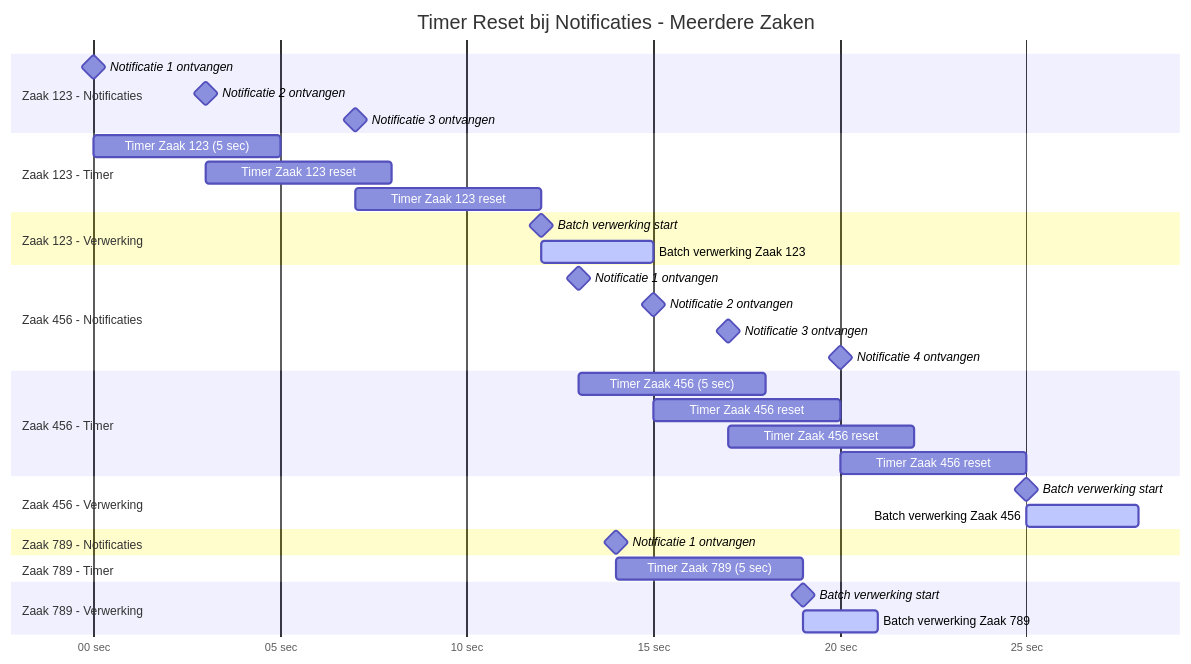
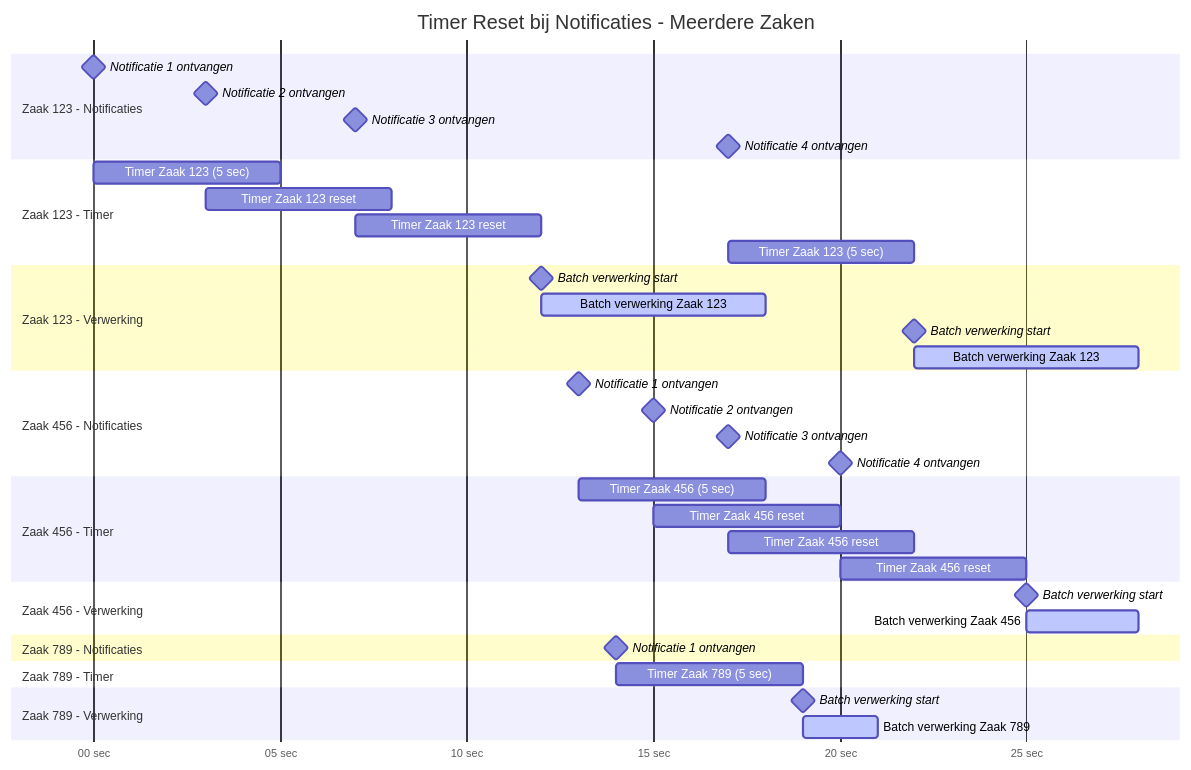
One commit to GemeenteNijmegen/corsa-zgw changed the third of 3 diagrams in docs/notificaties.md. Above: the diagram before and after it, drawn with Mermaid. The commit also changed other lines of this file and 1 other file, not shown here.

Commit message:
docs: Add second notification batch to zaak 123

````diff
--- a/docs/notificaties.md
+++ b/docs/notificaties.md
@@ -145,46 +145,50 @@
 ```mermaid
 gantt
     title Timer Reset bij Notificaties - Meerdere Zaken
     dateFormat ss
     axisFormat %S sec
     
     section Zaak 123 - Notificaties
     Notificatie 1 ontvangen    :milestone, n1_123, 00, 0s
     Notificatie 2 ontvangen    :milestone, n2_123, 03, 0s
     Notificatie 3 ontvangen    :milestone, n3_123, 07, 0s
+    Notificatie 4 ontvangen    :milestone, n4_123, 17, 0s
     
     section Zaak 123 - Timer
     Timer Zaak 123 (5 sec)     :t1_123, 00, 5s
     Timer Zaak 123 reset       :t2_123, 03, 5s
     Timer Zaak 123 reset       :t3_123, 07, 5s
+    Timer Zaak 123 (5 sec)       :t3_123, 17, 5s
     
     section Zaak 123 - Verwerking
     Batch verwerking start     :milestone, process_123, 12, 0s
-    Batch verwerking Zaak 123  :active, p_123, 12, 3s
+    Batch verwerking Zaak 123  :active, p_123, 12, 6s
+    Batch verwerking start     :milestone, process_123, 22, 0s
+    Batch verwerking Zaak 123  :active, p_123, 22, 6s
     
     section Zaak 456 - Notificaties
     Notificatie 1 ontvangen    :milestone, n1_456, 13, 0s
     Notificatie 2 ontvangen    :milestone, n2_456, 15, 0s
     Notificatie 3 ontvangen    :milestone, n3_456, 17, 0s
     Notificatie 4 ontvangen    :milestone, n4_456, 20, 0s
     
     section Zaak 456 - Timer
     Timer Zaak 456 (5 sec)     :t1_456, 13, 5s
     Timer Zaak 456 reset       :t2_456, 15, 5s
     Timer Zaak 456 reset       :t3_456, 17, 5s
     Timer Zaak 456 reset       :t4_456, 20, 5s
     
     section Zaak 456 - Verwerking
     Batch verwerking start     :milestone, process_456, 25, 0s
     Batch verwerking Zaak 456  :active, p_456, 25, 3s
     
     section Zaak 789 - Notificaties
     Notificatie 1 ontvangen    :milestone, n1_789, 14, 0s
     
     section Zaak 789 - Timer
     Timer Zaak 789 (5 sec)     :t1_789, 14, 5s
     
     section Zaak 789 - Verwerking
     Batch verwerking start     :milestone, process_789, 19, 0s
     Batch verwerking Zaak 789  :active, p_789, 19, 2s
 ```
````
